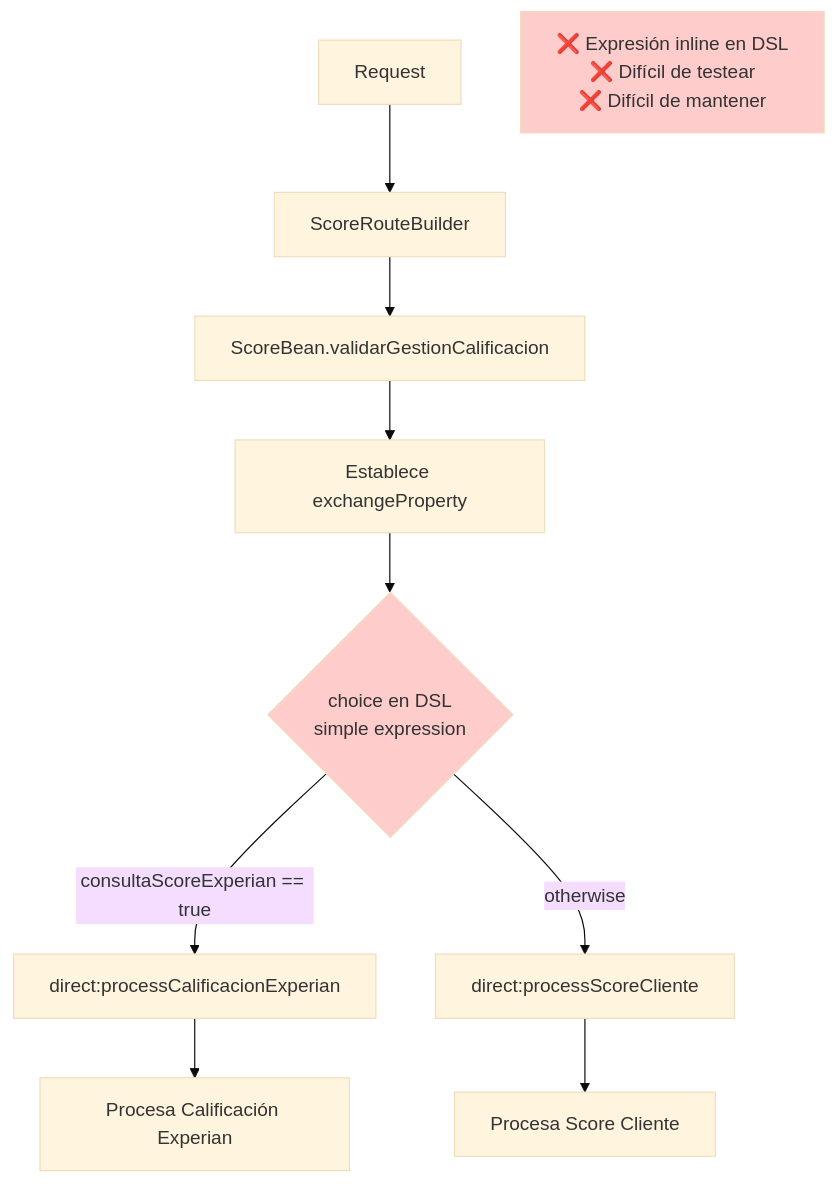
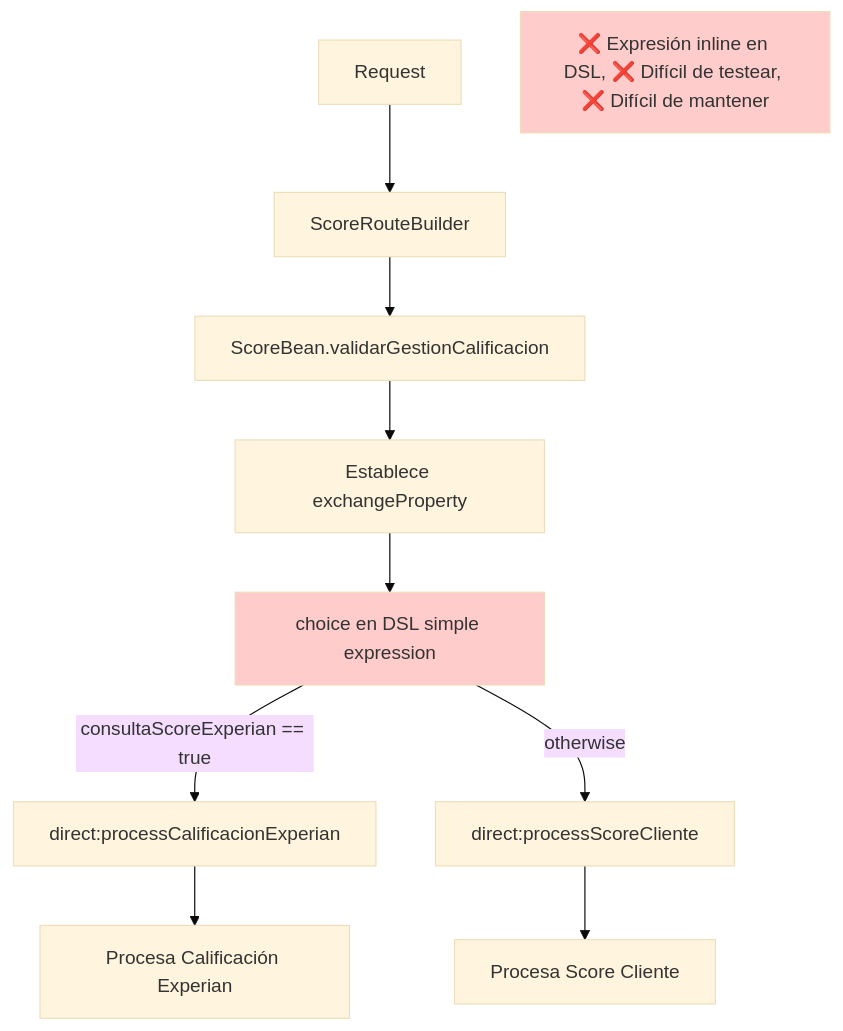
Diagram 16 of 27 in DIAGRAMAS_MERMAID_COMPARATIVOS.md (rrondinel/documents), drawn with Mermaid (base theme) before and after one commit. The commit also changed other lines of this file, not shown here.

````diff
--- a/DIAGRAMAS_MERMAID_COMPARATIVOS.md
+++ b/DIAGRAMAS_MERMAID_COMPARATIVOS.md
@@ -682,17 +682,17 @@
 ```mermaid
 graph TD
     A[Request] --> B[ScoreRouteBuilder]
     B --> C[ScoreBean.validarGestionCalificacion]
     C --> D[Establece exchangeProperty]
-    D --> E{choice en DSL<br/>simple expression}
+    D --> E["choice en DSL simple expression"]
     
     E -->|consultaScoreExperian == true| F[direct:processCalificacionExperian]
     E -->|otherwise| G[direct:processScoreCliente]
     
     F --> H[Procesa Calificación Experian]
     G --> I[Procesa Score Cliente]
     
     style E fill:#ffcccc
-    Note1[❌ Expresión inline en DSL<br/>❌ Difícil de testear<br/>❌ Difícil de mantener]
+    Note1["❌ Expresión inline en DSL, ❌ Difícil de testear, ❌ Difícil de mantener"]
     style Note1 fill:#ffcccc
 ```
````
